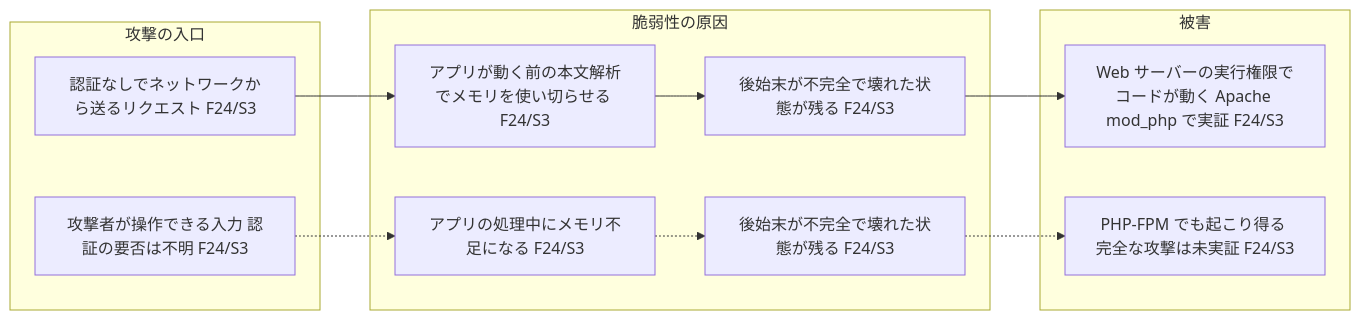
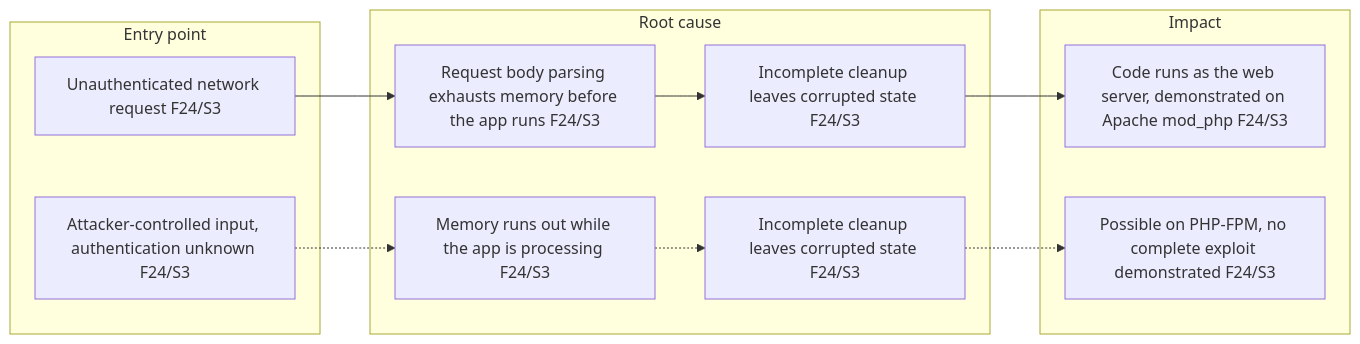
One commit to hidetzu/vulnograph changed the first of 2 diagrams in README.md. Above: the diagram before and after it, drawn with Mermaid. The commit also changed other lines of this file and 3 other files, not shown here.

````diff
--- a/README.md
+++ b/README.md
@@ -72,23 +32,23 @@
 ```mermaid
 flowchart LR
-  subgraph IN["攻撃の入口"]
-    A["認証なしでネットワークから送るリクエスト F24/S3"]
-    B["攻撃者が操作できる入力 認証の要否は不明 F24/S3"]
+  subgraph IN["Entry point"]
+    A["Unauthenticated network request F24/S3"]
+    B["Attacker-controlled input, authentication unknown F24/S3"]
   end
-  subgraph CAUSE["脆弱性の原因"]
-    C["アプリが動く前の本文解析でメモリを使い切らせる F24/S3"]
-    D["後始末が不完全で壊れた状態が残る F24/S3"]
-    E["アプリの処理中にメモリ不足になる F24/S3"]
-    F["後始末が不完全で壊れた状態が残る F24/S3"]
+  subgraph CAUSE["Root cause"]
+    C["Request body parsing exhausts memory before the app runs F24/S3"]
+    D["Incomplete cleanup leaves corrupted state F24/S3"]
+    E["Memory runs out while the app is processing F24/S3"]
+    F["Incomplete cleanup leaves corrupted state F24/S3"]
   end
-  subgraph HARM["被害"]
-    G["Web サーバーの実行権限でコードが動く Apache mod_php で実証 F24/S3"]
-    H["PHP-FPM でも起こり得る 完全な攻撃は未実証 F24/S3"]
+  subgraph HARM["Impact"]
+    G["Code runs as the web server, demonstrated on Apache mod_php F24/S3"]
+    H["Possible on PHP-FPM, no complete exploit demonstrated F24/S3"]
   end
   A --> C
   C --> D
   D --> G
   B -.-> E
   E -.-> F
   F -.-> H
 ```
````
